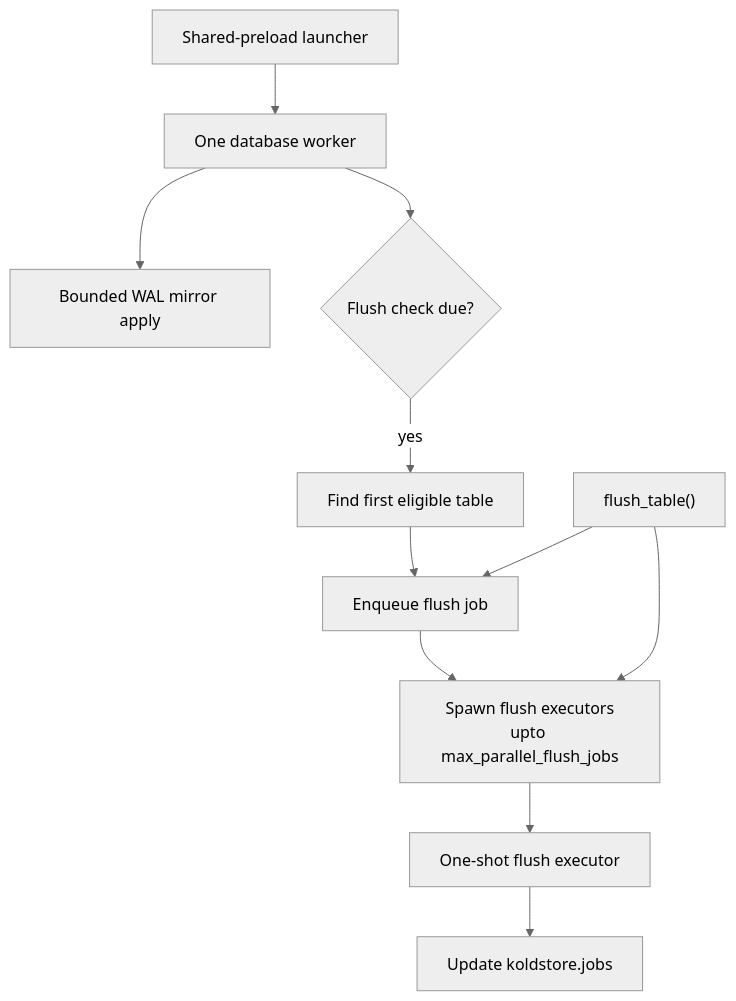
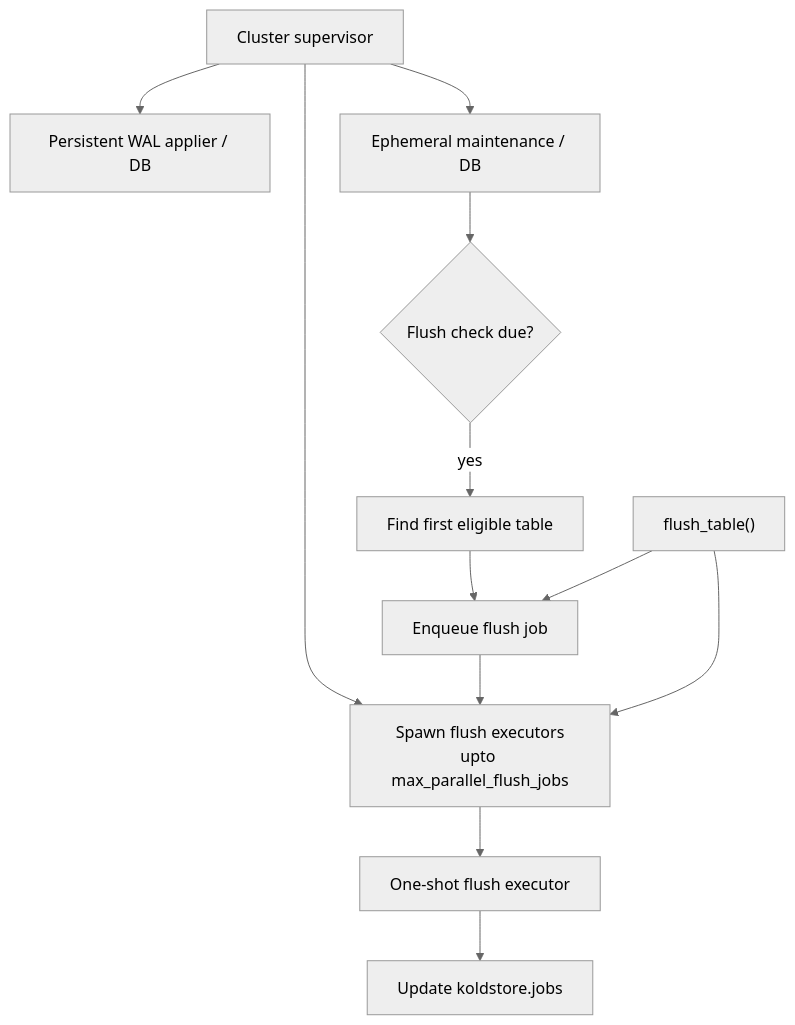
The diagram in docs/architecture/jobs-and-scheduler.md (kalamdb/koldstore), drawn with Mermaid (neutral theme) before and after one commit. The commit also changed other lines of this file and 91 other files, not shown here.

First line of the commit message:
refactor: merge wal+mirror into one crate and thin pg adapters

````diff
--- a/docs/architecture/jobs-and-scheduler.md
+++ b/docs/architecture/jobs-and-scheduler.md
@@ -14,13 +16,14 @@
 ```mermaid
 flowchart TD
-  launcher["Shared-preload launcher"] --> worker["One database worker"]
-  worker --> apply["Bounded WAL mirror apply"]
-  worker --> cadence{"Flush check due?"}
+  supervisor["Cluster supervisor"] --> wal["Persistent WAL applier / DB"]
+  supervisor --> maint["Ephemeral maintenance / DB"]
+  supervisor --> spawn["Spawn flush executors\nupto max_parallel_flush_jobs"]
+  maint --> cadence{"Flush check due?"}
   cadence -->|yes| candidate["Find first eligible table"]
   candidate --> enqueue["Enqueue flush job"]
-  enqueue --> spawn["Spawn flush executors\nupto max_parallel_flush_jobs"]
+  enqueue --> spawn
   client["flush_table()"] --> enqueue
   client --> spawn
   spawn --> exec["One-shot flush executor"]
   exec --> jobs["Update koldstore.jobs"]
 ```
````
